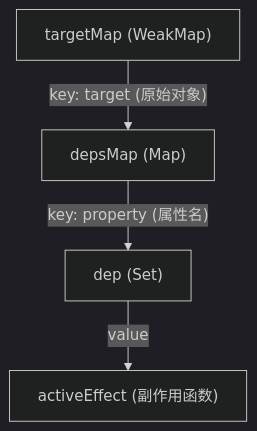
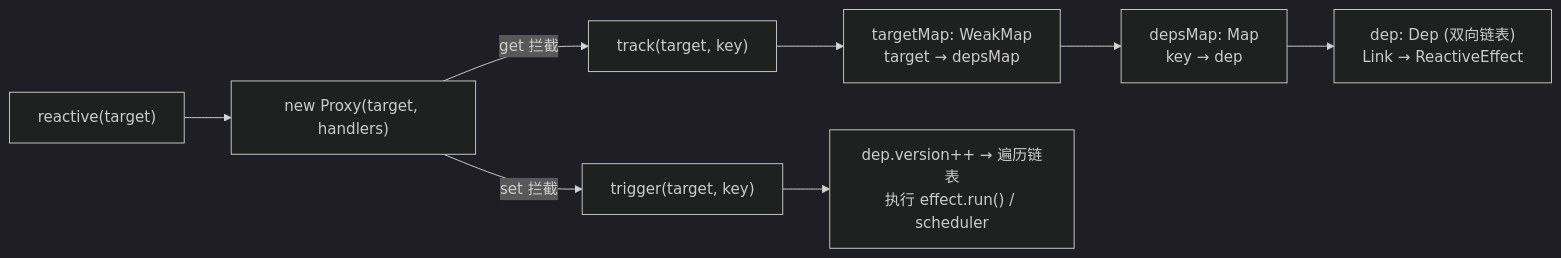
The fifth of 12 diagrams in S2-框架深入/05-Vue3.0源码深度解析.md (KMaybe01/common), drawn with Mermaid (dark theme) before and after one commit. The commit also changed other lines of this file and 11 other files, not shown here.

````diff
--- a/S2-框架深入/05-Vue3.0源码深度解析.md
+++ b/S2-框架深入/05-Vue3.0源码深度解析.md
@@ -596,6 +466,10 @@
 ```mermaid
-graph TD
-    TargetMap["targetMap (WeakMap)"] -->|"key: target (原始对象)"| DepsMap["depsMap (Map)"]
-    DepsMap -->|"key: property (属性名)"| Dep["dep (Set)"]
-    Dep -->|value| ActiveEffect["activeEffect (副作用函数)"]
+graph LR
+    A["reactive(target)"] --> B["new Proxy(target, handlers)"]
+    B -->|"get 拦截"| C["track(target, key)"]
+    B -->|"set 拦截"| D["trigger(target, key)"]
+    C --> E["targetMap: WeakMap<br/>target → depsMap"]
+    E --> F["depsMap: Map<br/>key → dep"]
+    F --> G["dep: Dep (双向链表)<br/>Link → ReactiveEffect"]
+    D --> H["dep.version++ → 遍历链表<br/>执行 effect.run() / scheduler"]
 ```
````
